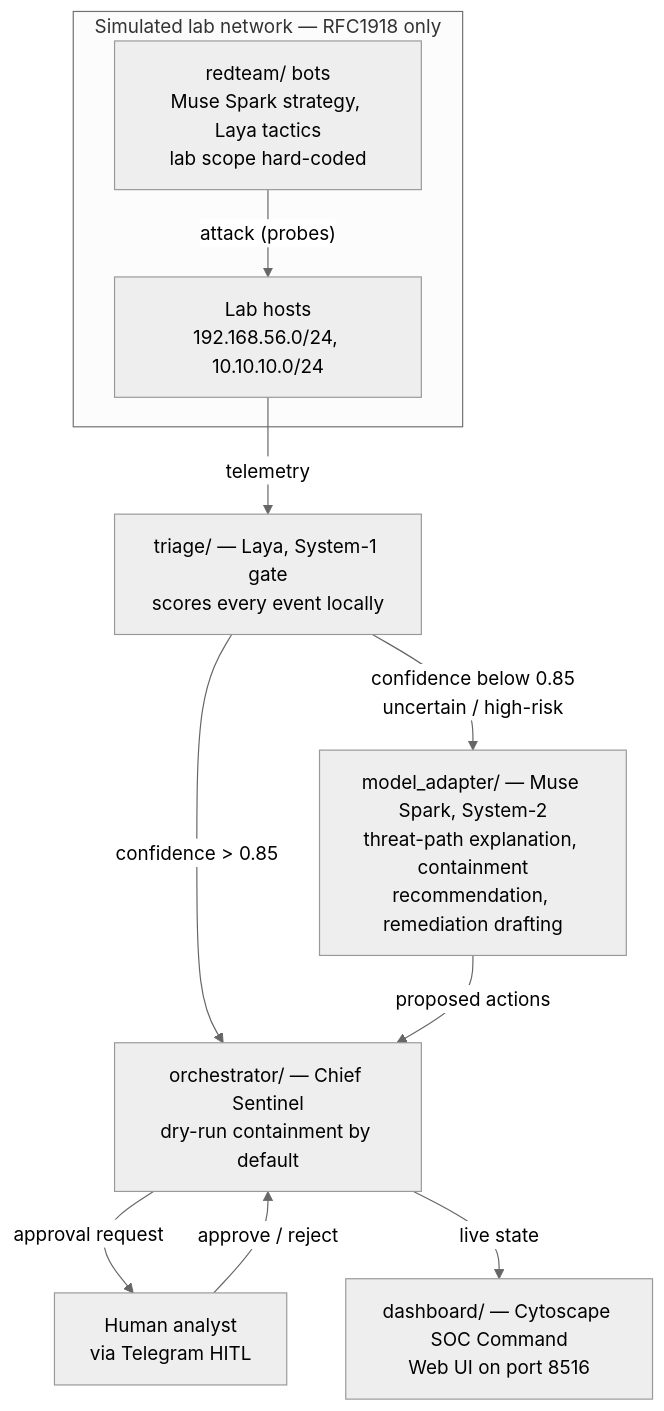
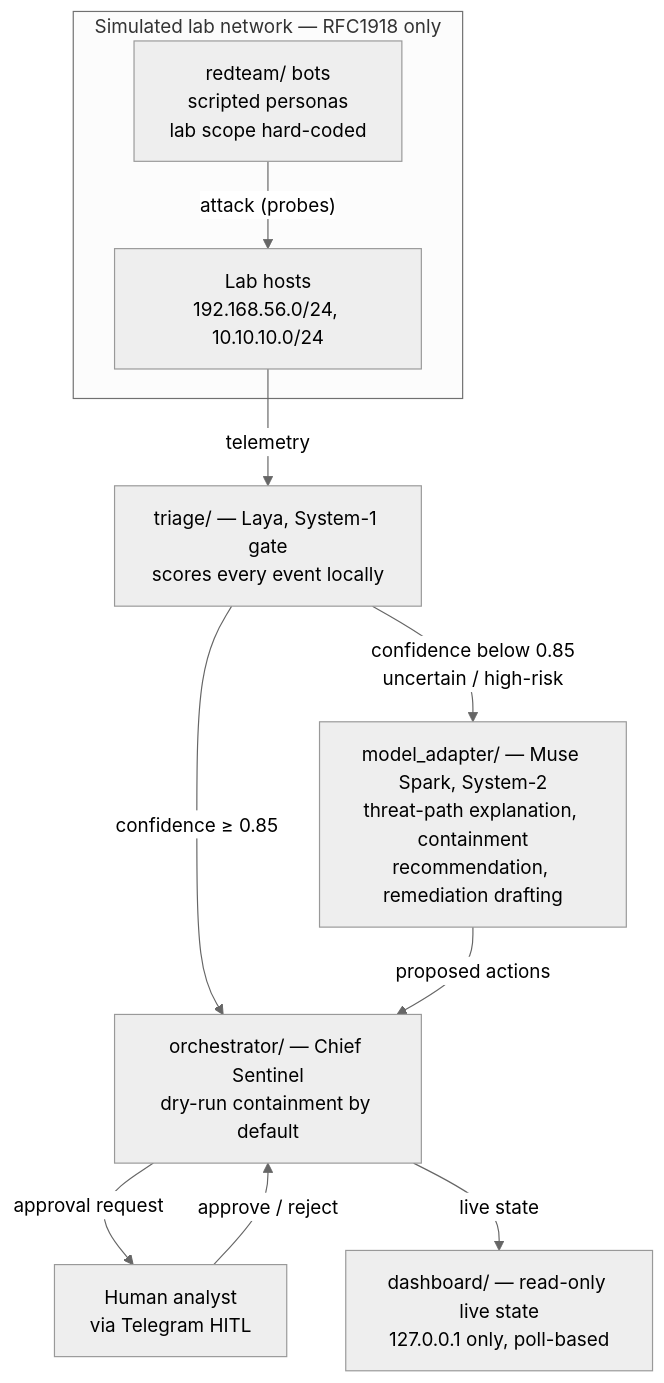
One commit to hearthacker003366/sentinel-v4 changed the diagram in README.md. Above: the diagram before and after it, drawn with Mermaid (neutral theme). The commit also changed other lines of this file, not shown here.

Commit message:
docs(v4): README — remove internal submission notes, fix stale dashboard/boundary claims, qualify test count, add run + credits sections

````diff
--- a/README.md
+++ b/README.md
@@ -9,15 +9,15 @@
 ```mermaid
 flowchart TD
     subgraph LAB["Simulated lab network — RFC1918 only"]
-        BOTS["redteam/ bots\nMuse Spark strategy, Laya tactics\nlab scope hard-coded"]
+        BOTS["redteam/ bots\nscripted personas\nlab scope hard-coded"]
         NET["Lab hosts\n192.168.56.0/24, 10.10.10.0/24"]
         BOTS -->|"attack (probes)"| NET
     end
     NET -->|"telemetry"| GATE["triage/ — Laya, System-1 gate\nscores every event locally"]
-    GATE -->|"confidence > 0.85"| ORCH["orchestrator/ — Chief Sentinel\ndry-run containment by default"]
+    GATE -->|"confidence ≥ 0.85"| ORCH["orchestrator/ — Chief Sentinel\ndry-run containment by default"]
     GATE -->|"confidence below 0.85\nuncertain / high-risk"| SPARK["model_adapter/ — Muse Spark, System-2\nthreat-path explanation, containment\nrecommendation, remediation drafting"]
     SPARK -->|"proposed actions"| ORCH
     ORCH -->|"approval request"| HUMAN["Human analyst\nvia Telegram HITL"]
     HUMAN -->|"approve / reject"| ORCH
-    ORCH -->|"live state"| DASH["dashboard/ — Cytoscape SOC Command\nWeb UI on port 8516"]
+    ORCH -->|"live state"| DASH["dashboard/ — read-only live state\n127.0.0.1 only, poll-based"]
 ```
````
